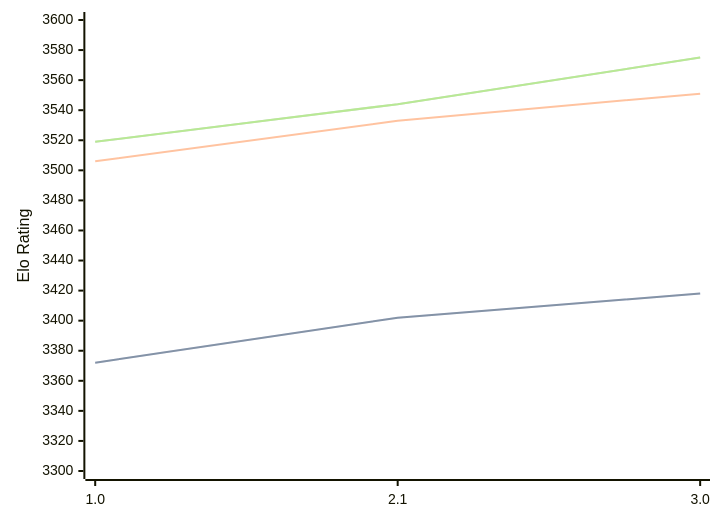
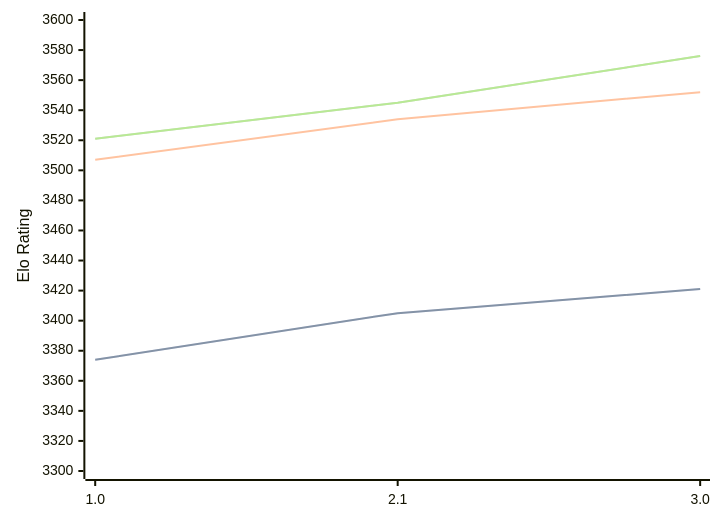
One commit to computer-chess-index/cci changed the diagram in engines/Hobbes.md. Above: the diagram before and after it, drawn with Mermaid. The commit also changed other lines of this file, not shown here.

Commit message:
Update CCI Ratings (ELO VLTC) - 2026-09-01

````diff
--- a/engines/Hobbes.md
+++ b/engines/Hobbes.md
@@ -33,11 +33,11 @@
 ```mermaid
 %%{init: {"theme":"base","themeVariables":{"seriesColors:['#a3a3a3','#222221','#faa371']}}}%%
 xychart-beta
   x-axis ["1.0", "2.1", "3.0"]
   y-axis "Elo Rating" 3300 --> 3600
-  line "" [3372, 3402, 3418]
-  line "STC (8.0+0.08s)" [3372, 3402, 3418]
-  line "LTC (60.0+0.60s)" [3506, 3533, 3551]
-  line "" [3519, 3544, 3575]
-  line "VLTC (2m24s+1.12s)" [3519, 3544, 3575]
+  line "" [3374, 3405, 3421]
+  line "STC (8.0+0.08s)" [3374, 3405, 3421]
+  line "LTC (60.0+0.60s)" [3507, 3534, 3552]
+  line "" [3521, 3545, 3576]
+  line "VLTC (2m24s+1.12s)" [3521, 3545, 3576]
 ```
````
